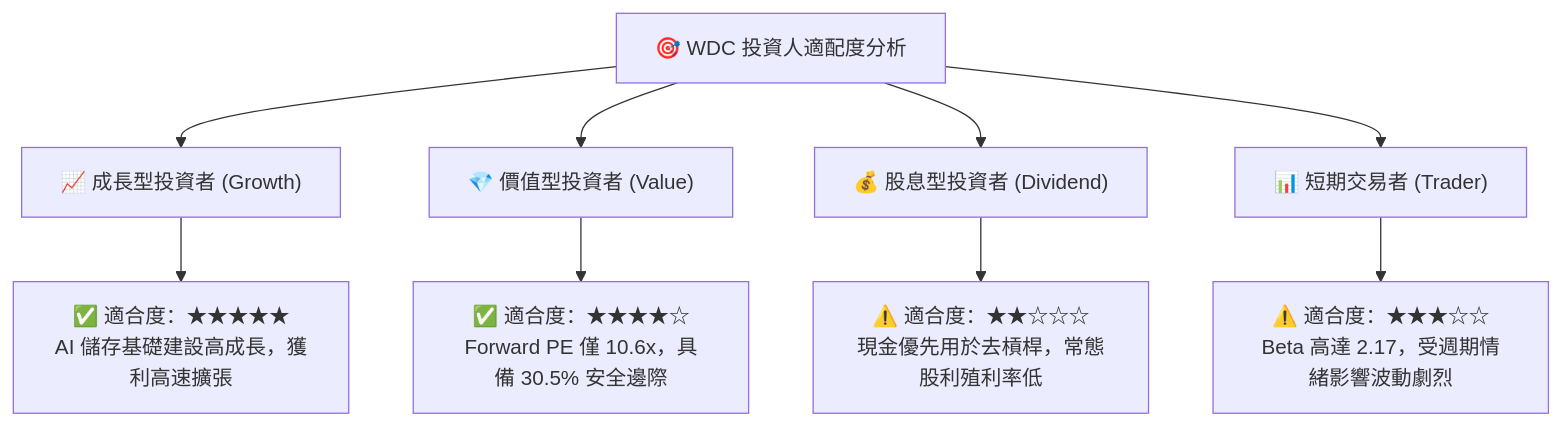
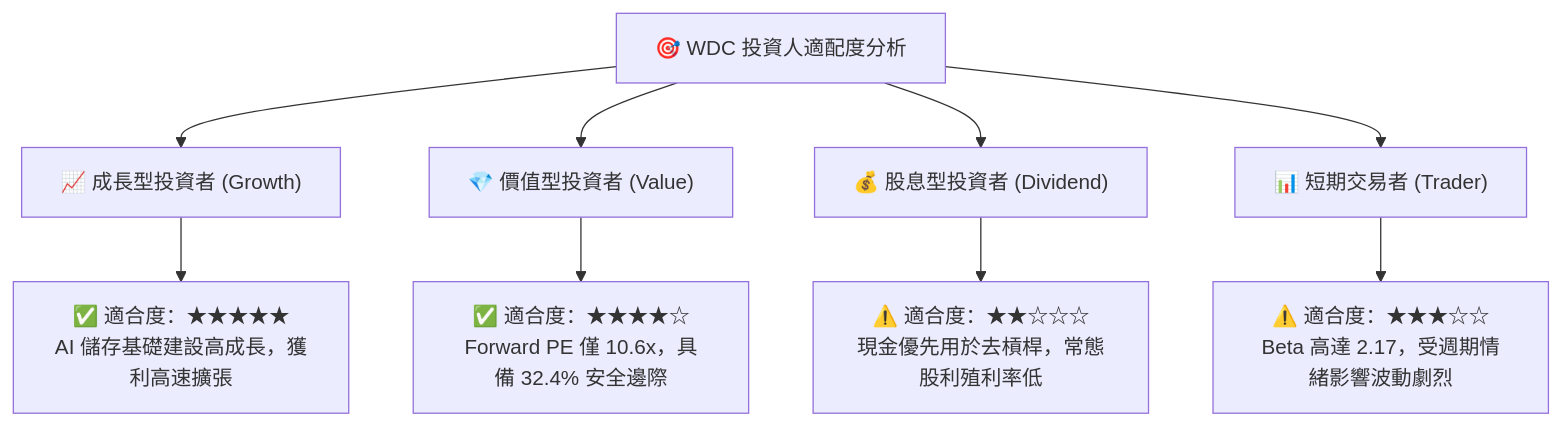
Diagram 14 of 14 in ai_gen_report/fundamental/wdc/fundamental_analysis_2026-10-20_gemini.md (yennanliu/finance_data), drawn with Mermaid before and after one commit. The commit also changed other lines of this file and 339 other files, not shown here.

````diff
--- a/ai_gen_report/fundamental/wdc/fundamental_analysis_2026-10-20_gemini.md
+++ b/ai_gen_report/fundamental/wdc/fundamental_analysis_2026-10-20_gemini.md
@@ -1108,14 +1123,14 @@
 ```mermaid
 graph TD
     INV["🎯 WDC 投資人適配度分析"]
 
     INV --> G["📈 成長型投資者 (Growth)"]
     INV --> V["💎 價值型投資者 (Value)"]
     INV --> D["💰 股息型投資者 (Dividend)"]
     INV --> T["📊 短期交易者 (Trader)"]
 
     G --> G1["✅ 適合度：★★★★★<br/>AI 儲存基礎建設高成長，獲利高速擴張"]
-    V --> V1["✅ 適合度：★★★★☆<br/>Forward PE 僅 10.6x，具備 30.5% 安全邊際"]
+    V --> V1["✅ 適合度：★★★★☆<br/>Forward PE 僅 10.6x，具備 32.4% 安全邊際"]
     D --> D1["⚠️ 適合度：★★☆☆☆<br/>現金優先用於去槓桿，常態股利殖利率低"]
     T --> T1["⚠️ 適合度：★★★☆☆<br/>Beta 高達 2.17，受週期情緒影響波動劇烈"]
 ```
````
